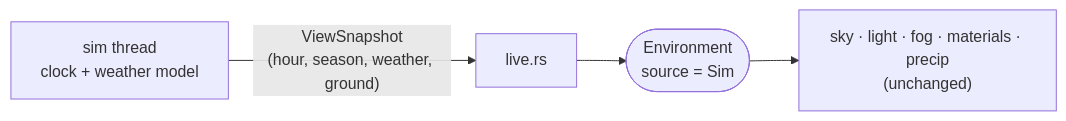
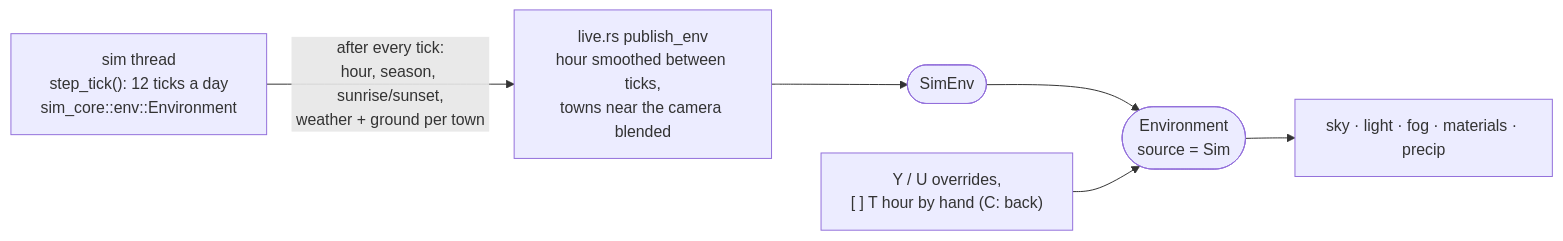
The second of 2 diagrams in docs/shaders/11-day-night-weather.md (JohnnyNewman/Econoplex2), drawn with Mermaid before and after one commit. The commit also changed other lines of this file and 6 other files, not shown here.

First line of the commit message:
3D view follows the sim's clock and weather

````diff
--- a/docs/shaders/11-day-night-weather.md
+++ b/docs/shaders/11-day-night-weather.md
@@ -71,6 +72,8 @@
 ```mermaid
 flowchart LR
-    sim["sim thread<br/>clock + weather model"] -- "ViewSnapshot<br/>(hour, season, weather, ground)" --> live["live.rs"]
-    live --> env(["Environment<br/>source = Sim"])
-    env --> rest["sky · light · fog · materials · precip<br/>(unchanged)"]
+    sim["sim thread<br/>step_tick(): 12 ticks a day<br/>sim_core::env::Environment"] -- "after every tick:<br/>hour, season, sunrise/sunset,<br/>weather + ground per town" --> live["live.rs publish_env<br/>hour smoothed between ticks,<br/>towns near the camera blended"]
+    live --> simenv(["SimEnv"])
+    simenv --> env(["Environment<br/>source = Sim"])
+    keys["Y / U overrides,<br/>[ ] T hour by hand (C: back)"] --> env
+    env --> rest["sky · light · fog · materials · precip"]
 ```
````
